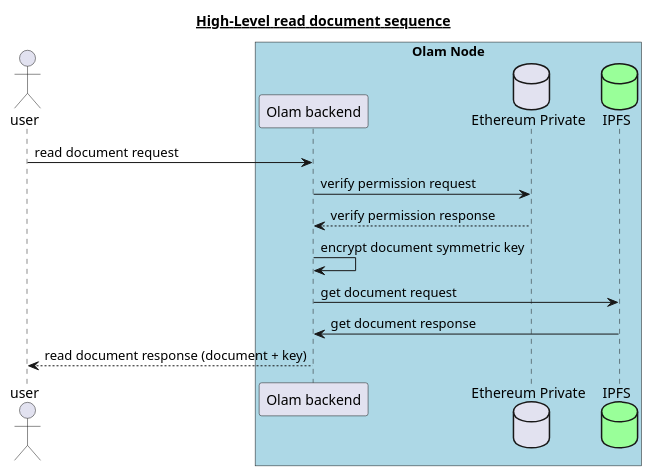
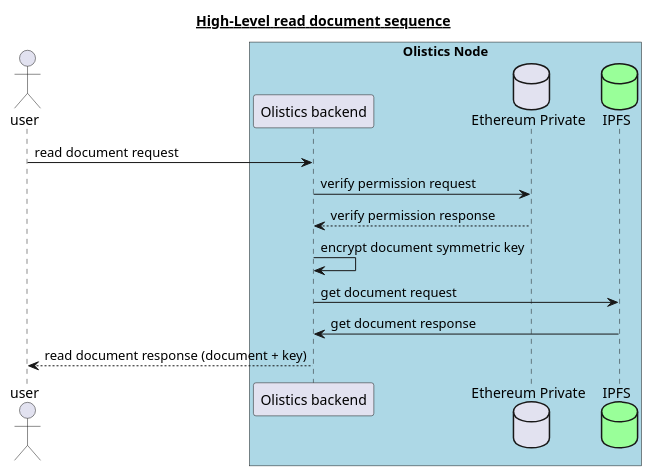
One commit to Olam-Platform/olistics-node changed the diagram in diagrams/documents/read-document-sequence.puml. Above: the diagram before and after it, drawn with PlantUML. The commit also changed 72 other files, not shown here.

```diff
--- a/diagrams/documents/read-document-sequence.puml
+++ b/diagrams/documents/read-document-sequence.puml
@@ -2,20 +2,20 @@
 @startuml
 
 title __High-Level read document sequence__
 
 actor user
-box "Olam Node" #LightBlue
-participant "Olam backend" as ob
+box "Olistics Node" #LightBlue
+participant "Olistics backend" as ob
 database "Ethereum Private" as ep
 database "IPFS" as ip #99FF99
 end box
 
 user -> ob : read document request
 ob -> ep : verify permission request
 ep --> ob : verify permission response
 ob -> ob : encrypt document symmetric key
 ob -> ip : get document request
 ip -> ob : get document response
 ob --> user : read document response (document + key)
 
 @enduml
```
